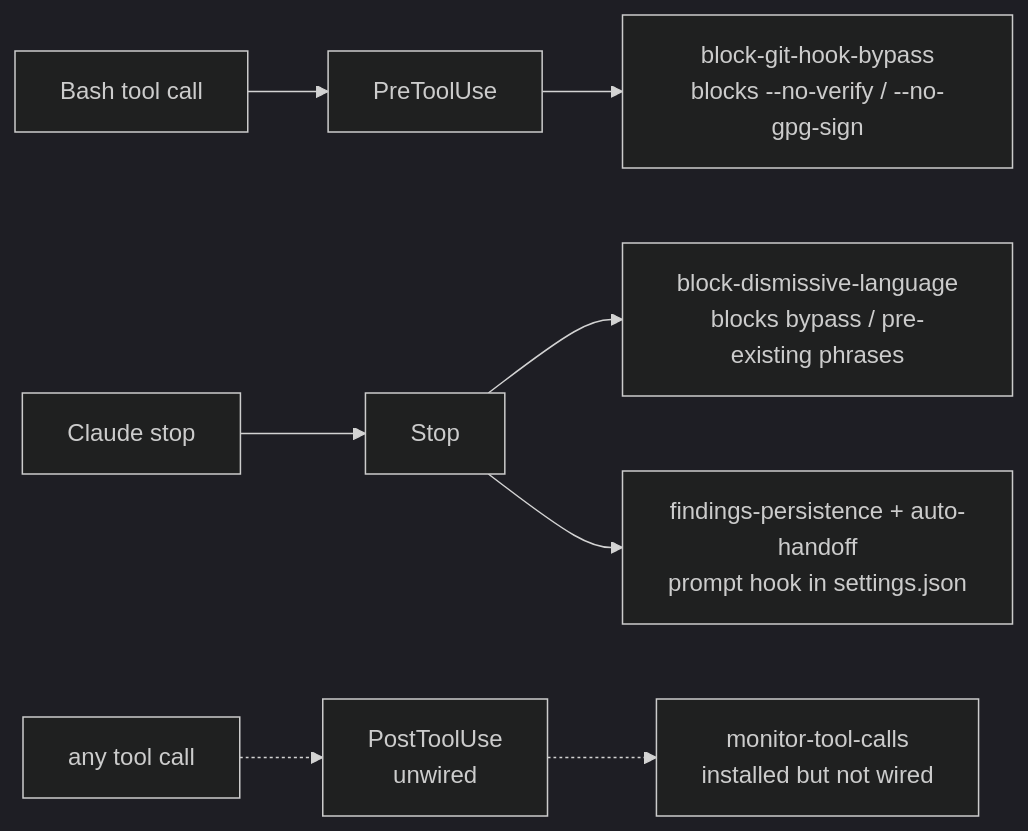
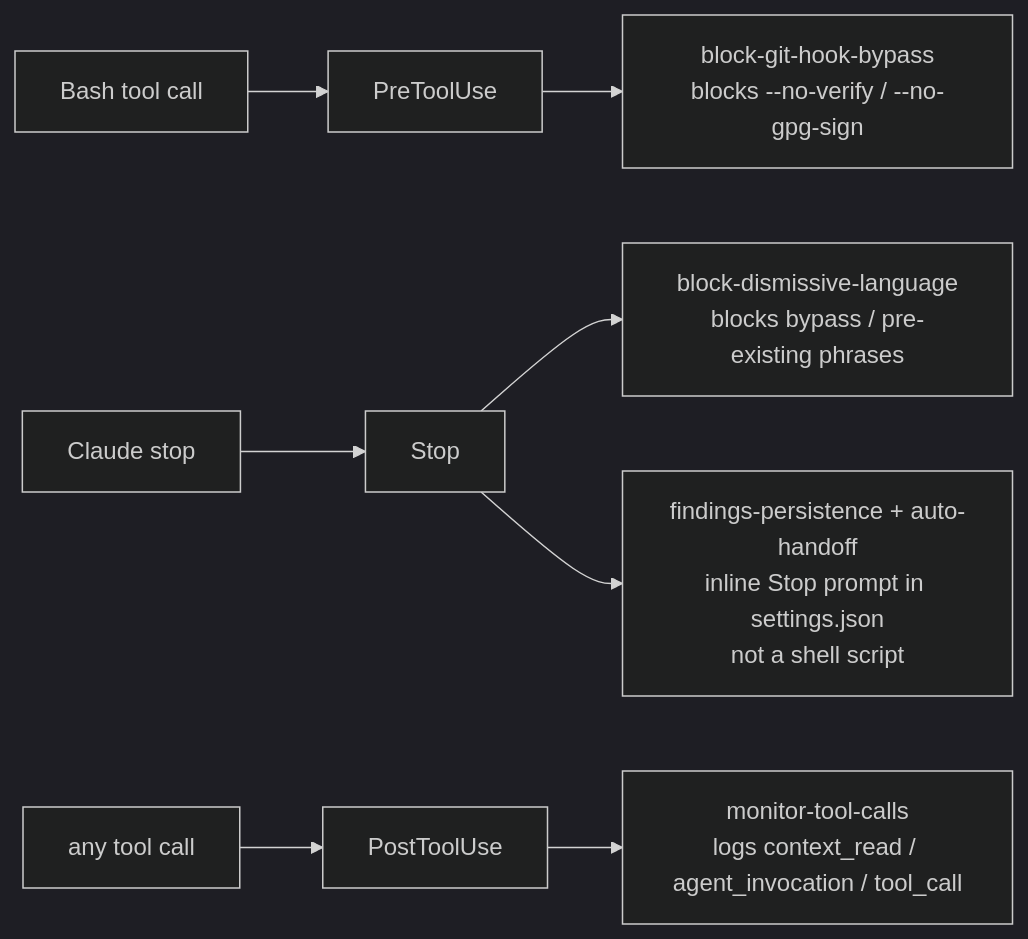
One commit to AlarQ/SDD-hub changed diagram 15 of 15 in docs/workflow-diagram.md. Above: the diagram before and after it, drawn with Mermaid (dark theme). The commit also changed other lines of this file and 4 other files, not shown here.

````diff
--- a/docs/workflow-diagram.md
+++ b/docs/workflow-diagram.md
@@ -388,11 +375,11 @@
 ```mermaid
 graph LR
     TOOL[Bash tool call] --> PRE[PreToolUse]
     STOP_EVT[Claude stop] --> STOPH[Stop]
-    POST_EVT[any tool call] -.-> POST[PostToolUse<br/>unwired]
+    POST_EVT[any tool call] --> POST[PostToolUse]
 
     PRE --> H1[block-git-hook-bypass<br/>blocks --no-verify / --no-gpg-sign]
     STOPH --> H2[block-dismissive-language<br/>blocks bypass / pre-existing phrases]
-    STOPH --> H3[findings-persistence + auto-handoff<br/>prompt hook in settings.json]
-    POST -.-> H4[monitor-tool-calls<br/>installed but not wired]
+    STOPH --> H3[findings-persistence + auto-handoff<br/>inline Stop prompt in settings.json<br/>not a shell script]
+    POST --> H4[monitor-tool-calls<br/>logs context_read / agent_invocation / tool_call]
 ```
````
